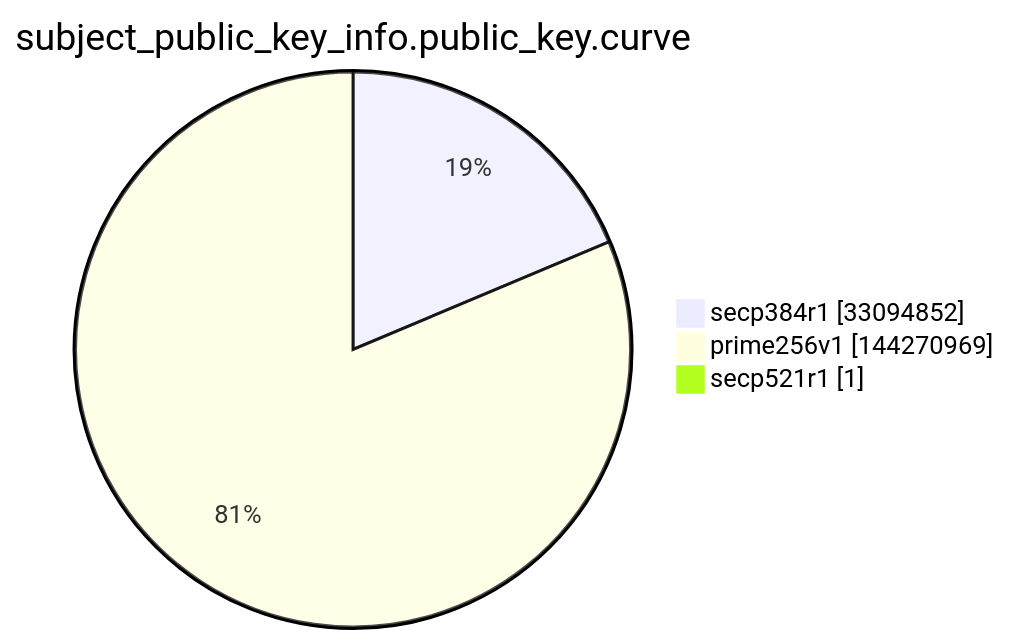
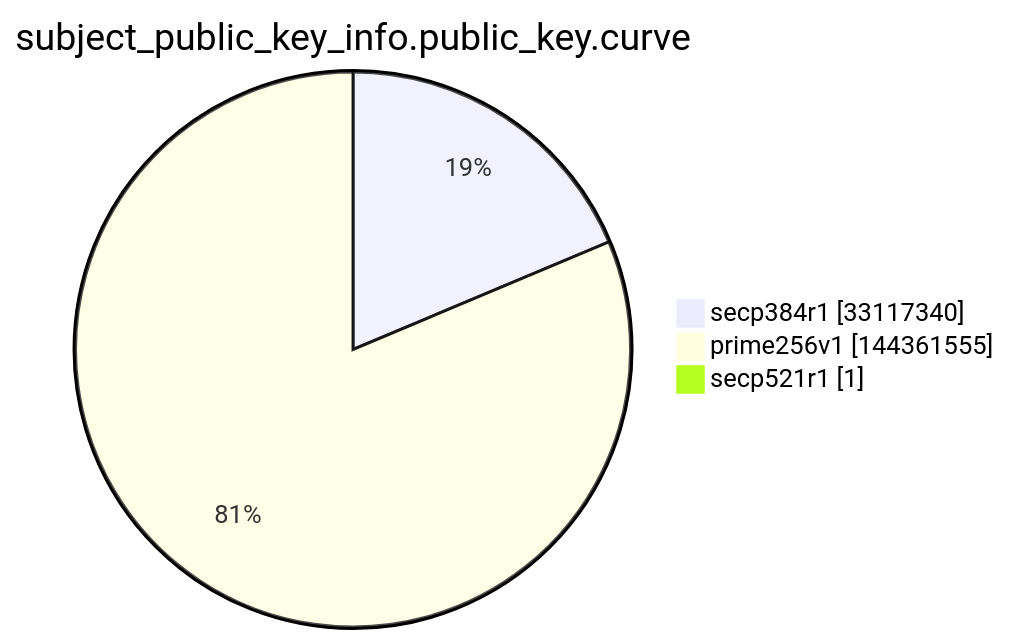
One commit to christiankrug/ctmonitor_visualization changed the ninth of 15 diagrams in argon2022/README.md. Above: the diagram before and after it, drawn with Mermaid. The commit also changed other lines of this file, not shown here.

````diff
--- a/argon2022/README.md
+++ b/argon2022/README.md
@@ -2764,7 +2764,7 @@
 ```mermaid
 pie showData
 title subject_public_key_info.public_key.curve
-"secp384r1" :33094852
-"prime256v1" :144270969
+"secp384r1" :33117340
+"prime256v1" :144361555
 "secp521r1" :1
 ```
````
